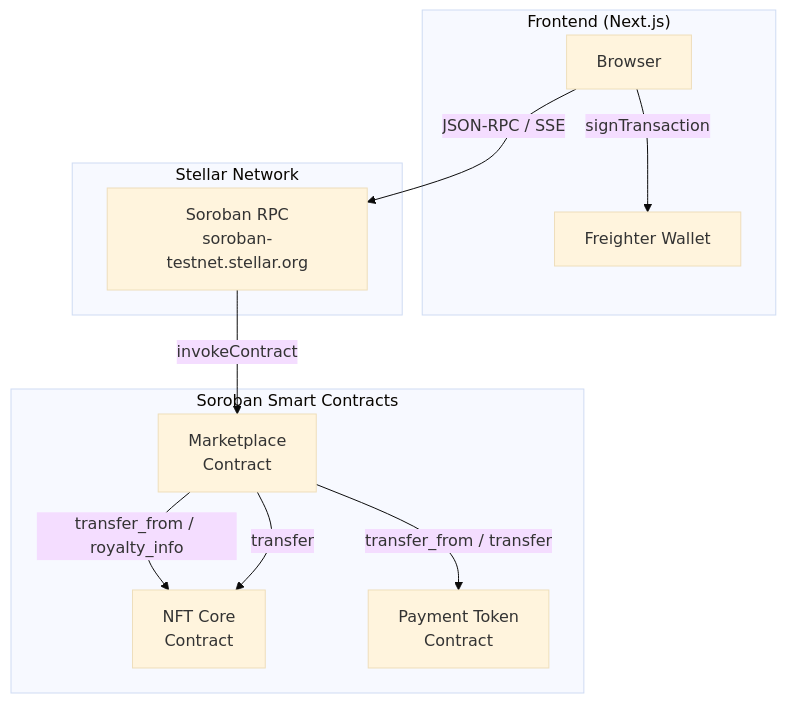
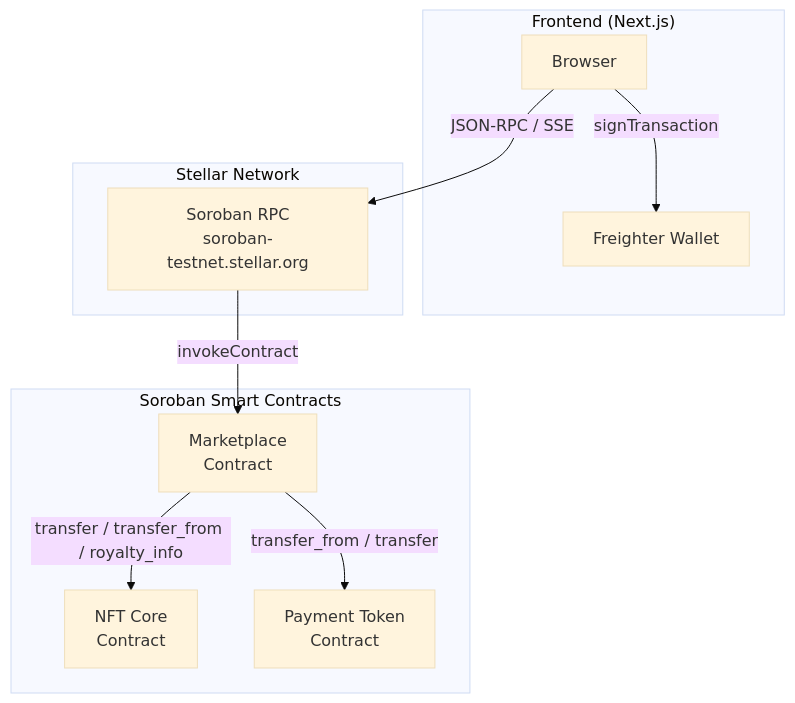
One commit to Techie-hu/stellar-bridge changed the diagram in README.md. Above: the diagram before and after it, drawn with Mermaid (base theme).

Commit message:
fix: simplify Mermaid diagram by merging redundant transfer arrows

````diff
--- a/README.md
+++ b/README.md
@@ -36,24 +36,23 @@
 ```mermaid
 flowchart TB
     subgraph Frontend["Frontend (Next.js)"]
         B[Browser]
         FW[Freighter Wallet]
     end
 
     subgraph Stellar["Stellar Network"]
         RPC[Soroban RPC<br/>soroban-testnet.stellar.org]
     end
 
     subgraph Contracts["Soroban Smart Contracts"]
         MP[Marketplace<br/>Contract]
         NFT[NFT Core<br/>Contract]
         PT[Payment Token<br/>Contract]
     end
 
     B -->|JSON-RPC / SSE| RPC
     B -->|signTransaction| FW
     RPC -->|invokeContract| MP
-    MP -->|transfer_from / royalty_info| NFT
+    MP -->|transfer / transfer_from / royalty_info| NFT
     MP -->|transfer_from / transfer| PT
-    MP -->|transfer| NFT
 ```
````
